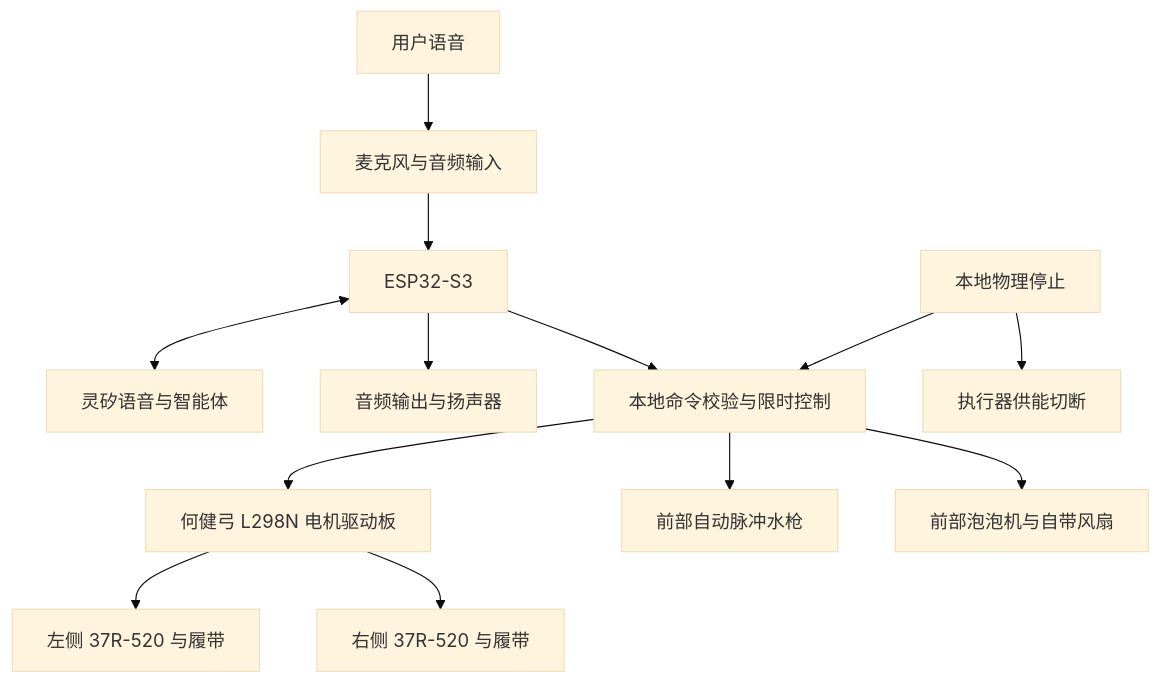
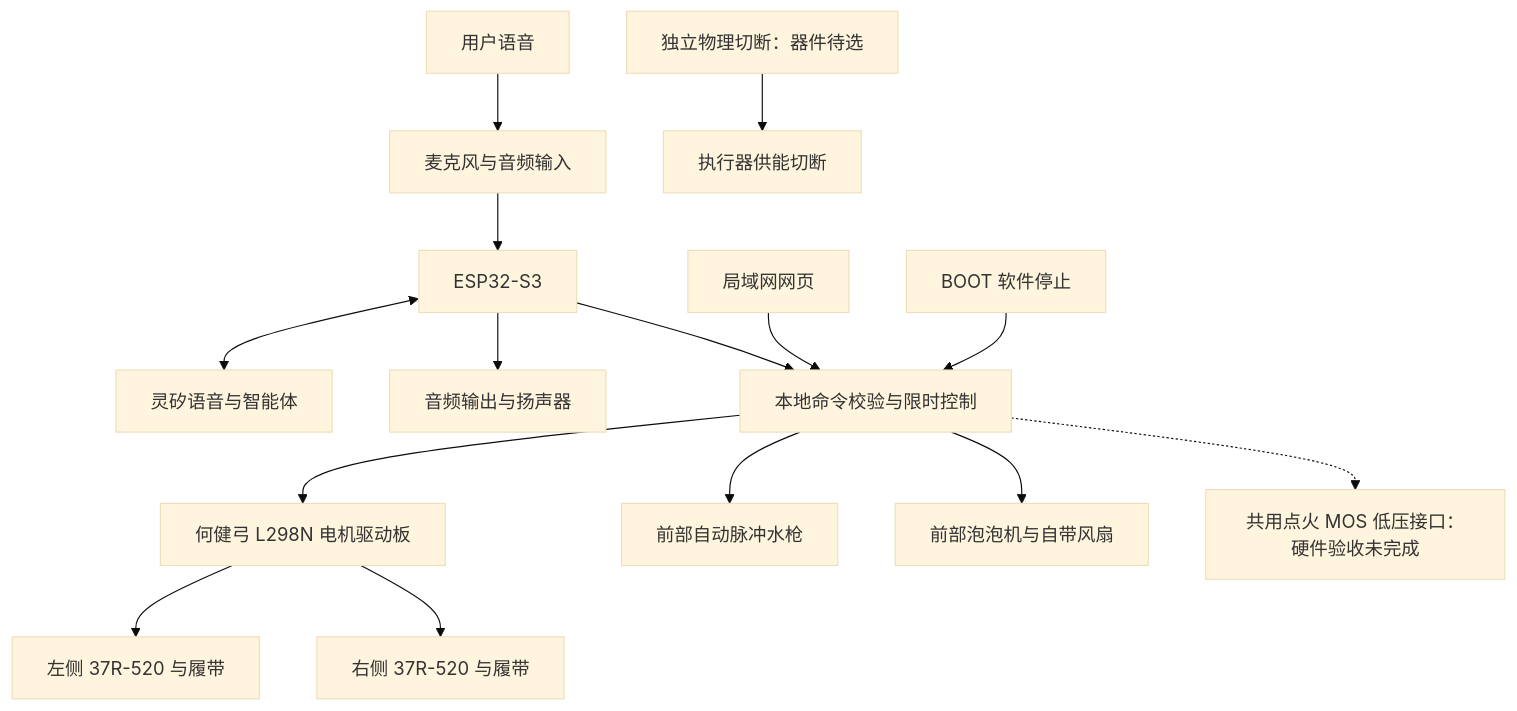
One commit to miclle/cybertrack changed the diagram in docs/architecture.md. Above: the diagram before and after it, drawn with Mermaid (base theme). The commit also changed other lines of this file and 14 other files, not shown here.

````diff
--- a/docs/architecture.md
+++ b/docs/architecture.md
@@ -7,15 +7,17 @@
 ```mermaid
 flowchart TD
   U[用户语音] --> MIC[麦克风与音频输入]
   MIC --> MCU[ESP32-S3]
   MCU <--> CLOUD[灵矽语音与智能体]
   MCU --> AUDIO[音频输出与扬声器]
+  WEB[局域网网页] --> GATE
   MCU --> GATE[本地命令校验与限时控制]
-  STOP[本地物理停止] --> CUT[执行器供能切断]
-  STOP --> GATE
+  STOP[BOOT 软件停止] --> GATE
+  SW2[独立物理切断：器件待选] --> CUT[执行器供能切断]
   GATE --> DRIVE[何健弓 L298N 电机驱动板]
   DRIVE --> L[左侧 37R-520 与履带]
   DRIVE --> R[右侧 37R-520 与履带]
   GATE --> WATER[前部自动脉冲水枪]
   GATE --> BUBBLE[前部泡泡机与自带风扇]
+  GATE -.-> IGN[共用点火 MOS 低压接口：硬件验收未完成]
 ```
````
